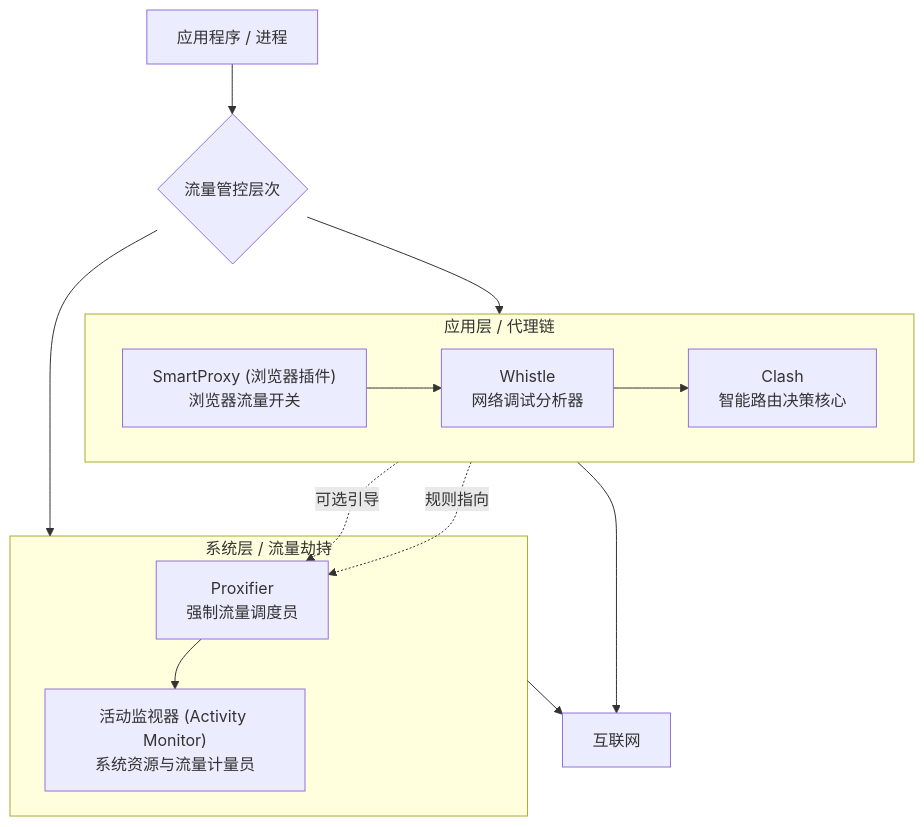
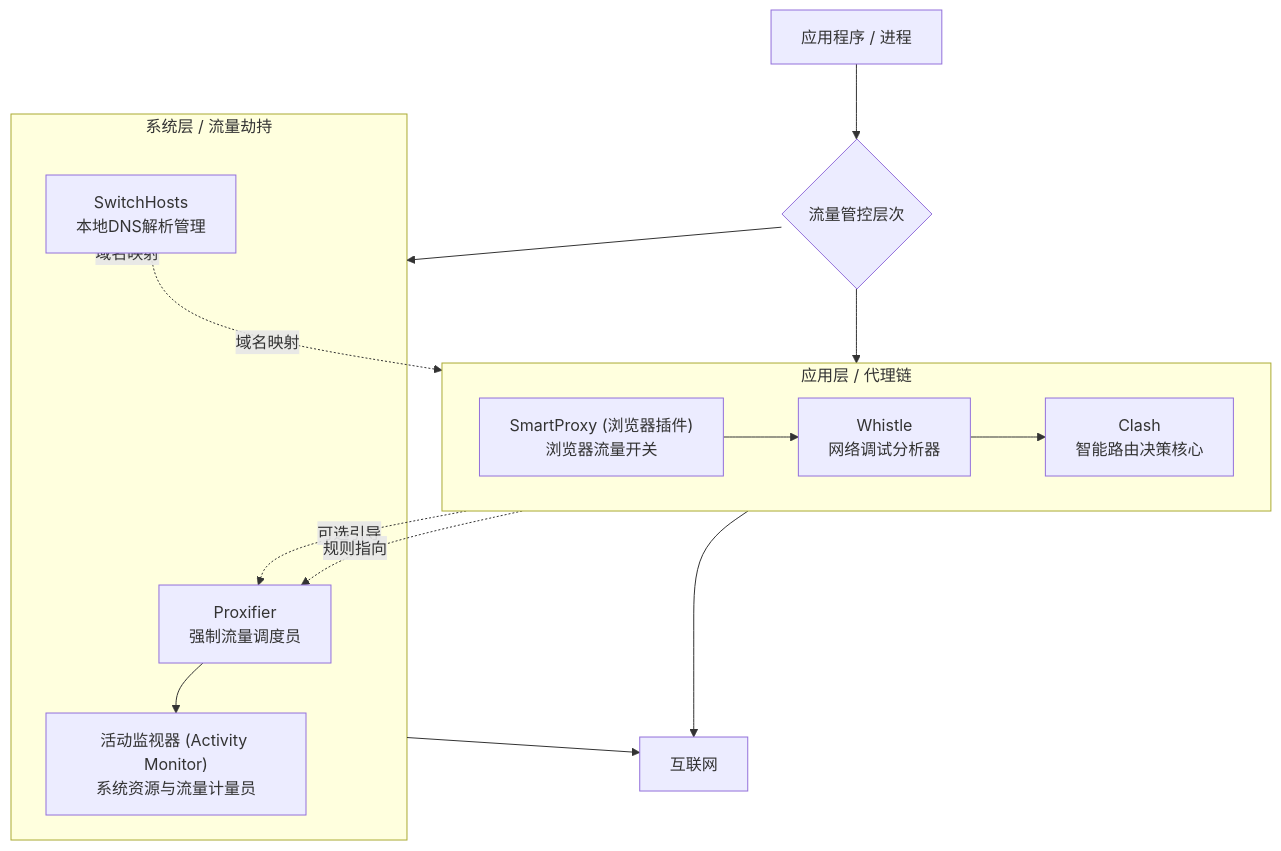
The first of 8 diagrams in docs/exp/misc/420.md (zhaoky/site), drawn with Mermaid before and after one commit. The commit also changed other lines of this file, not shown here.

````diff
--- a/docs/exp/misc/420.md
+++ b/docs/exp/misc/420.md
@@ -15,22 +15,25 @@
 ```mermaid
 flowchart TD
     A[应用程序 / 进程] --> B{流量管控层次}
 
     B --> C["用户态 (User Space)"]
     B --> D["内核态 (Kernel Space)<br>（操作系统底层）"]
 
     subgraph C [应用层 / 代理链]
         direction LR
         C1["SmartProxy (浏览器插件)<br>浏览器流量开关"] --> C2["Whistle<br>网络调试分析器"] --> C3["Clash<br>智能路由决策核心"]
     end
 
     subgraph D [系统层 / 流量劫持]
         D1["Proxifier<br>强制流量调度员"] --> D2["活动监视器 (Activity Monitor)<br>系统资源与流量计量员"]
+        D3["SwitchHosts<br>本地DNS解析管理"]
     end
 
     C --> E[互联网]
     D --> E
 
     C1 -.->|"可选引导"| D1
     C3 -.->|"规则指向"| D1
+    D3 -.->|"域名映射"| C
+    D3 -.->|"域名映射"| D
 ```
````
